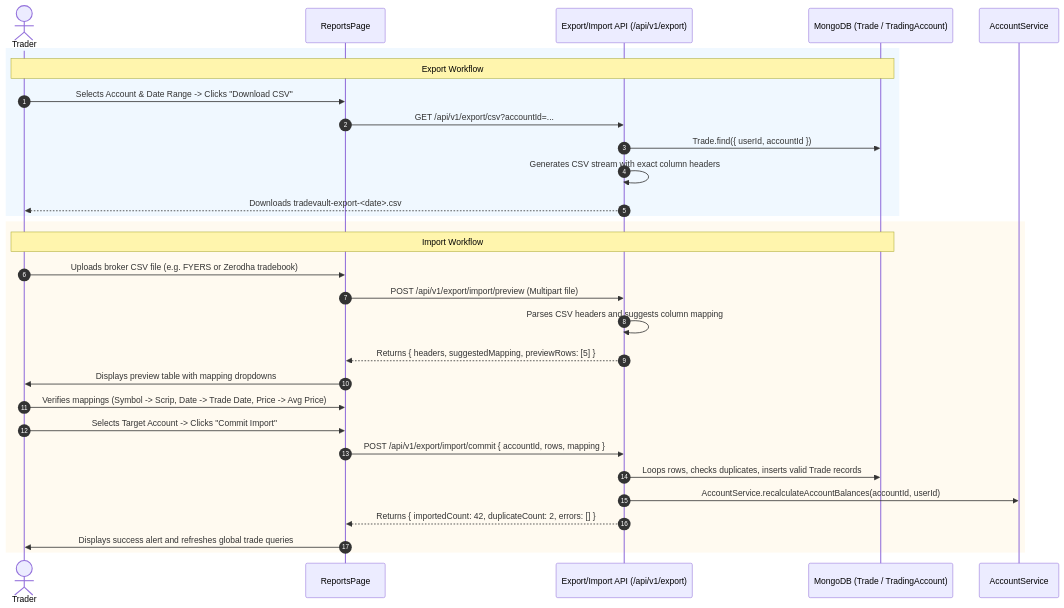
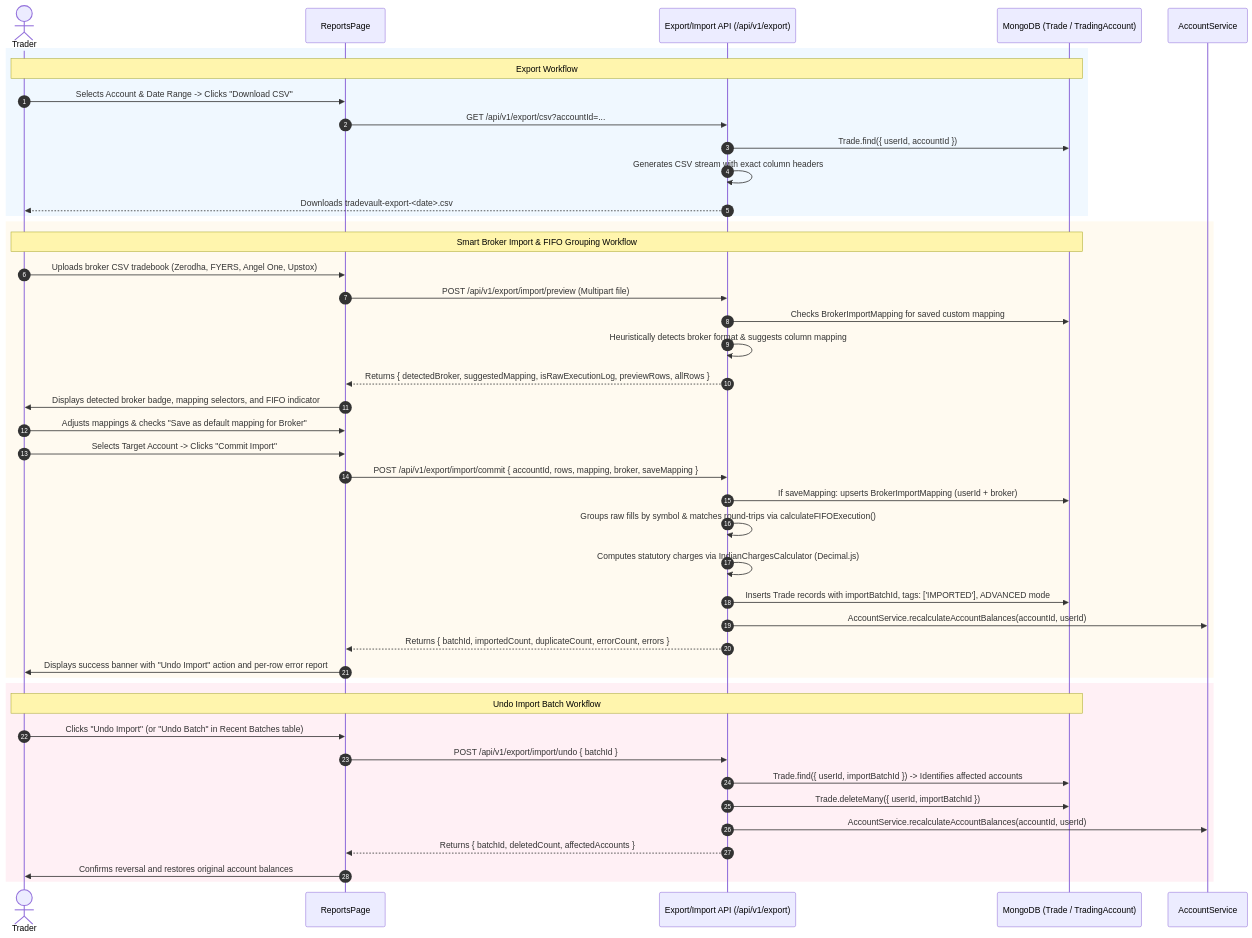
Before and after one commit to Rohsh00/SetupMint: the seventh of 9 diagrams in docs/USER_FLOWS.md, drawn with Mermaid. The commit also changed 25 other files, not shown here.

Commit message:
feat: add CSV import mapping presets, batch tracking, and undo support for trades

````diff
--- a/docs/USER_FLOWS.md
+++ b/docs/USER_FLOWS.md
@@ -204,34 +204,49 @@
 ```mermaid
 sequenceDiagram
     autonumber
     actor User as Trader
     participant Page as ReportsPage
     participant API as Export/Import API (/api/v1/export)
     participant DB as MongoDB (Trade / TradingAccount)
     participant AccSvc as AccountService
 
     rect rgb(240, 248, 255)
         Note over User,DB: Export Workflow
         User->>Page: Selects Account & Date Range -> Clicks "Download CSV"
         Page->>API: GET /api/v1/export/csv?accountId=...
         API->>DB: Trade.find({ userId, accountId })
         API->>API: Generates CSV stream with exact column headers
         API-->>User: Downloads tradevault-export-<date>.csv
     end
 
     rect rgb(255, 250, 240)
-        Note over User,DB: Import Workflow
-        User->>Page: Uploads broker CSV file (e.g. FYERS or Zerodha tradebook)
+        Note over User,DB: Smart Broker Import & FIFO Grouping Workflow
+        User->>Page: Uploads broker CSV tradebook (Zerodha, FYERS, Angel One, Upstox)
         Page->>API: POST /api/v1/export/import/preview (Multipart file)
-        API->>API: Parses CSV headers and suggests column mapping
-        API-->>Page: Returns { headers, suggestedMapping, previewRows: [5] }
-        Page->>User: Displays preview table with mapping dropdowns
-        User->>Page: Verifies mappings (Symbol -> Scrip, Date -> Trade Date, Price -> Avg Price)
+        API->>DB: Checks BrokerImportMapping for saved custom mapping
+        API->>API: Heuristically detects broker format & suggests column mapping
+        API-->>Page: Returns { detectedBroker, suggestedMapping, isRawExecutionLog, previewRows, allRows }
+        Page->>User: Displays detected broker badge, mapping selectors, and FIFO indicator
+        User->>Page: Adjusts mappings & checks "Save as default mapping for Broker"
         User->>Page: Selects Target Account -> Clicks "Commit Import"
-        Page->>API: POST /api/v1/export/import/commit { accountId, rows, mapping }
-        API->>DB: Loops rows, checks duplicates, inserts valid Trade records
+        Page->>API: POST /api/v1/export/import/commit { accountId, rows, mapping, broker, saveMapping }
+        API->>DB: If saveMapping: upserts BrokerImportMapping (userId + broker)
+        API->>API: Groups raw fills by symbol & matches round-trips via calculateFIFOExecution()
+        API->>API: Computes statutory charges via IndianChargesCalculator (Decimal.js)
+        API->>DB: Inserts Trade records with importBatchId, tags: ['IMPORTED'], ADVANCED mode
         API->>AccSvc: AccountService.recalculateAccountBalances(accountId, userId)
-        API-->>Page: Returns { importedCount: 42, duplicateCount: 2, errors: [] }
-        Page->>User: Displays success alert and refreshes global trade queries
+        API-->>Page: Returns { batchId, importedCount, duplicateCount, errorCount, errors }
+        Page->>User: Displays success banner with "Undo Import" action and per-row error report
+    end
+
+    rect rgb(255, 240, 245)
+        Note over User,DB: Undo Import Batch Workflow
+        User->>Page: Clicks "Undo Import" (or "Undo Batch" in Recent Batches table)
+        Page->>API: POST /api/v1/export/import/undo { batchId }
+        API->>DB: Trade.find({ userId, importBatchId }) -> Identifies affected accounts
+        API->>DB: Trade.deleteMany({ userId, importBatchId })
+        API->>AccSvc: AccountService.recalculateAccountBalances(accountId, userId)
+        API-->>Page: Returns { batchId, deletedCount, affectedAccounts }
+        Page->>User: Confirms reversal and restores original account balances
     end
 ```
````
